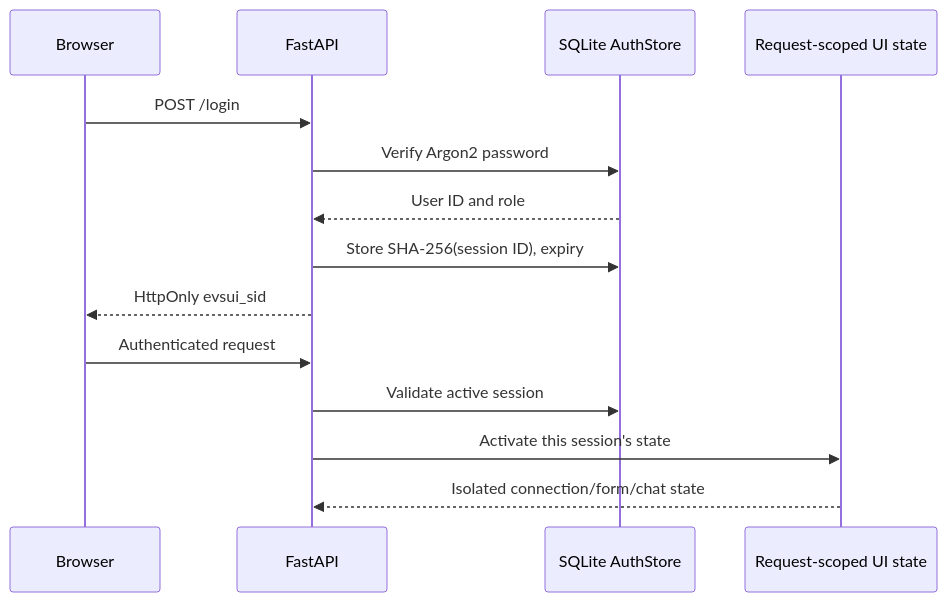
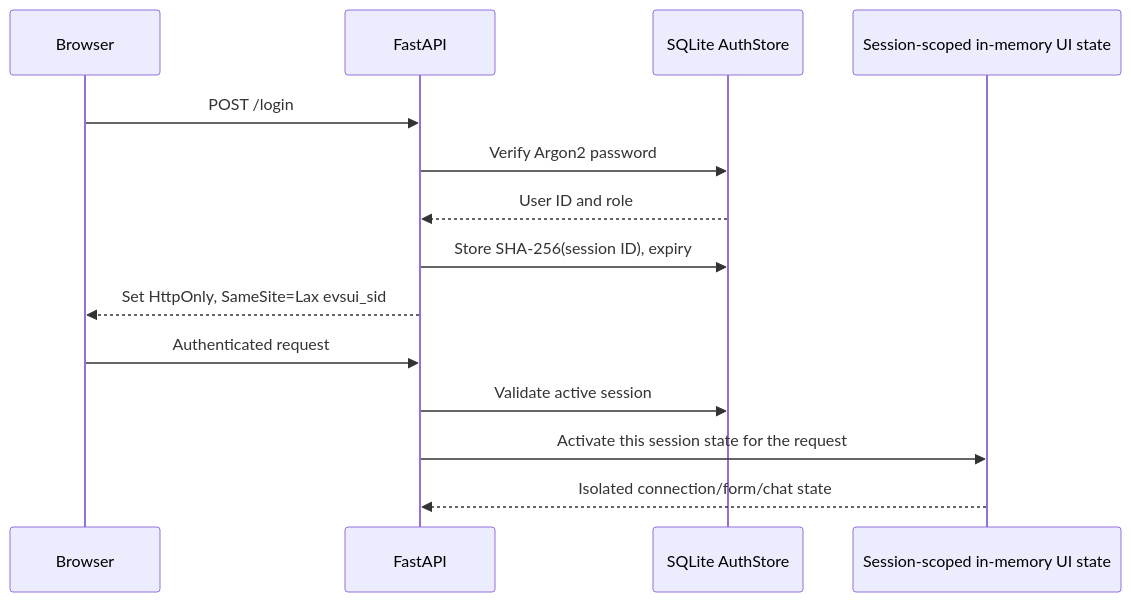
One commit to xuhaibintd/teradataevsui changed the fourth of 4 diagrams in README.md. Above: the diagram before and after it, drawn with Mermaid. The commit also changed other lines of this file and 5 other files, not shown here.

Commit message:
Correct and validate architecture diagrams

````diff
--- a/README.md
+++ b/README.md
@@ -907,16 +918,16 @@
 ```mermaid
 sequenceDiagram
     participant B as Browser
     participant W as FastAPI
     participant A as SQLite AuthStore
-    participant S as Request-scoped UI state
+    participant S as Session-scoped in-memory UI state
     B->>W: POST /login
     W->>A: Verify Argon2 password
     A-->>W: User ID and role
     W->>A: Store SHA-256(session ID), expiry
-    W-->>B: HttpOnly evsui_sid
+    W-->>B: Set HttpOnly, SameSite=Lax evsui_sid
     B->>W: Authenticated request
     W->>A: Validate active session
-    W->>S: Activate this session's state
+    W->>S: Activate this session state for the request
     S-->>W: Isolated connection/form/chat state
 ```
````
